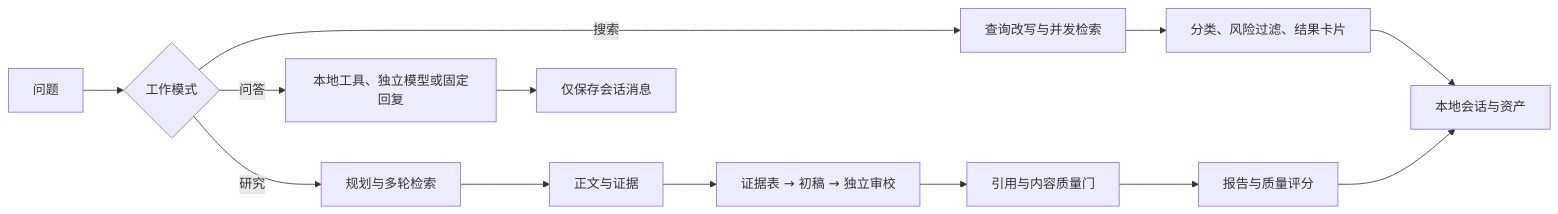
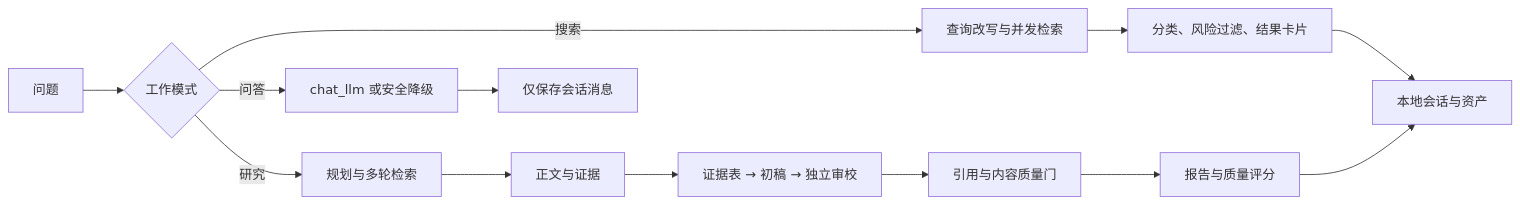
Before and after one commit to AllSuoHa/DeepSearch: the first of 5 diagrams in README.md, drawn with Mermaid. The commit also changed other lines of this file and 48 other files, not shown here.

````diff
--- a/README.md
+++ b/README.md
@@ -31,15 +31,15 @@
 ```mermaid
 flowchart LR
     U[问题] --> R{工作模式}
-    R -->|问答| H[本地工具、独立模型或固定回复]
+    R -->|问答| H[chat_llm 或安全降级]
     R -->|搜索| S[查询改写与并发检索]
     S --> C[分类、风险过滤、结果卡片]
     R -->|研究| P[规划与多轮检索]
     P --> E[正文与证据]
     E --> G[证据表 → 初稿 → 独立审校]
     G --> Q[引用与内容质量门]
     Q --> A[报告与质量评分]
     C --> L[本地会话与资产]
     A --> L
     H --> M[仅保存会话消息]
 ```
````
